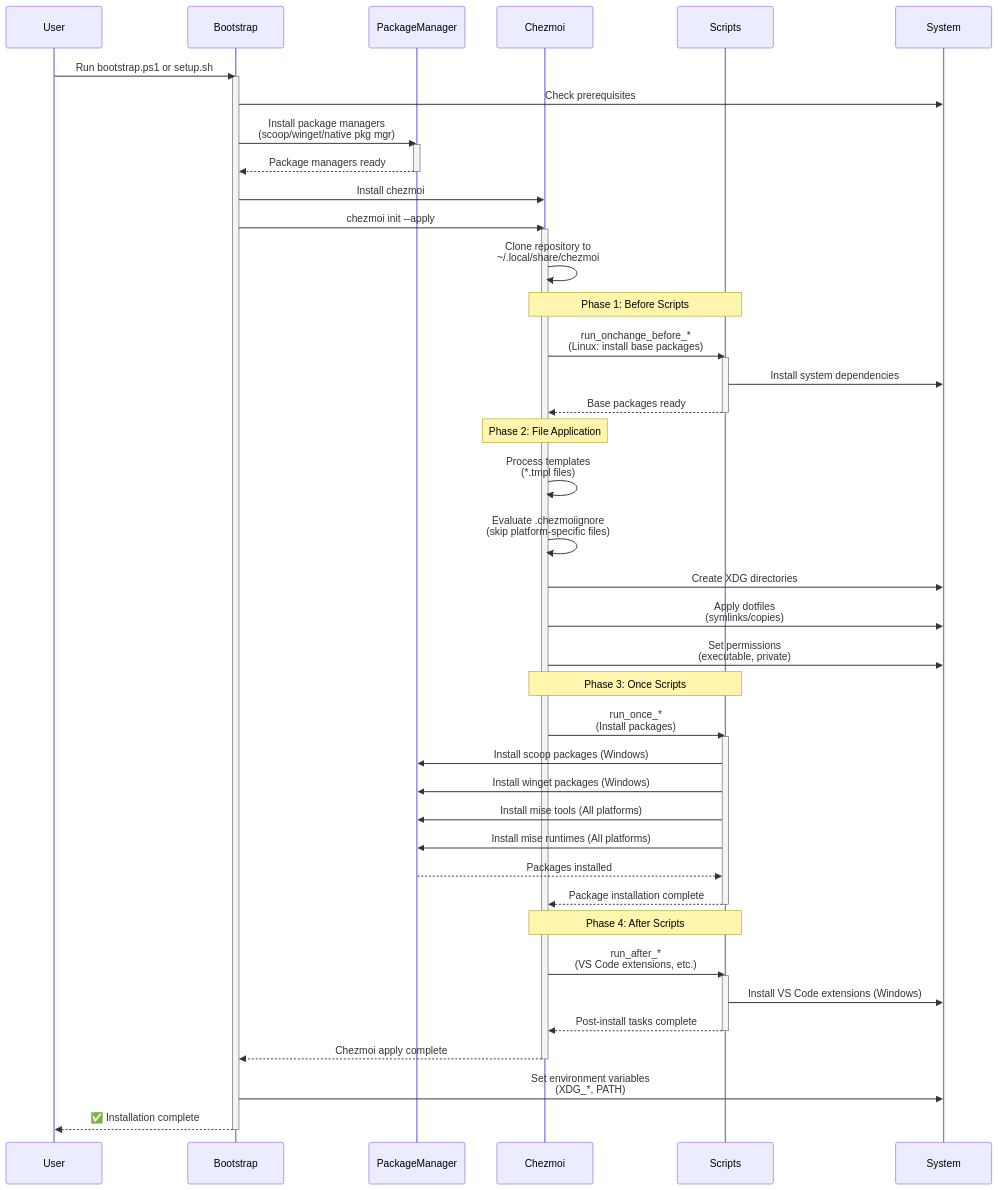
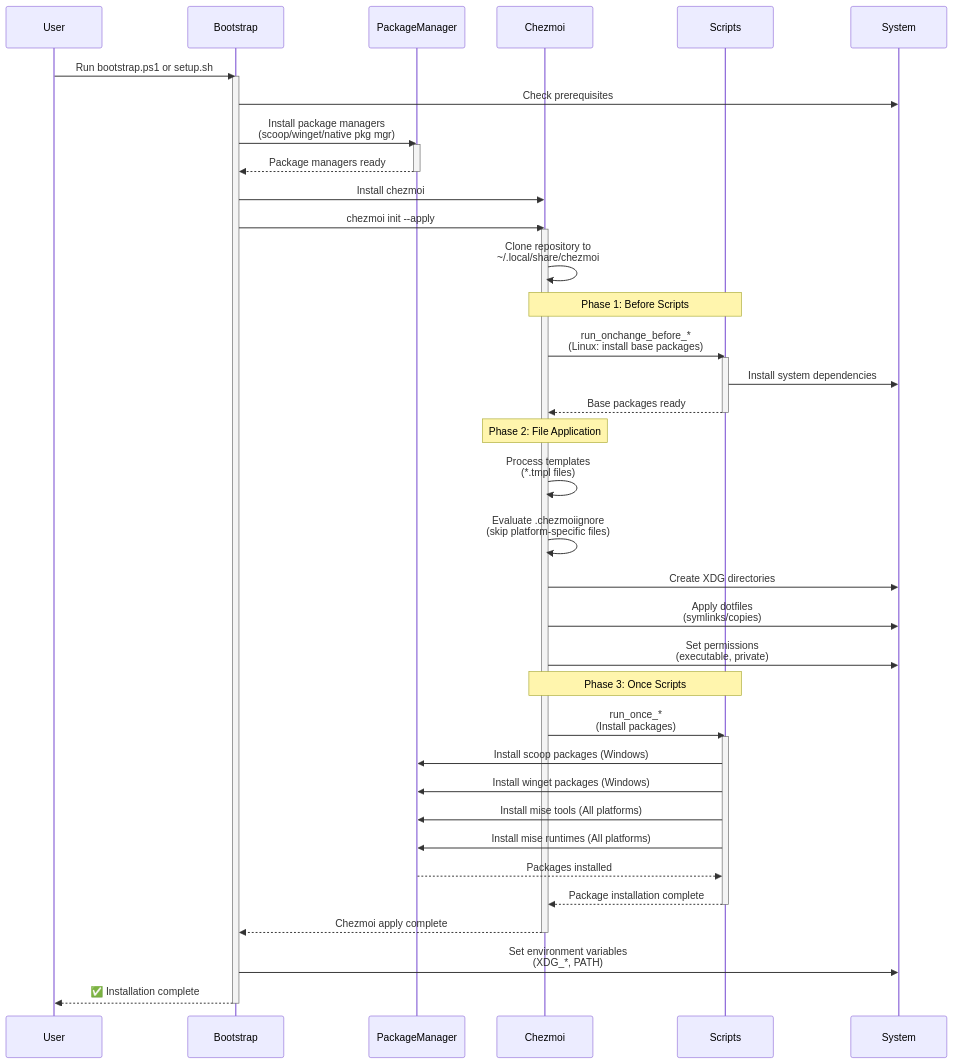
The fifth of 6 diagrams in INSTALL-GUIDE.md (Randallsm83/chezmoi), drawn with Mermaid before and after one commit. The commit also changed other lines of this file and 8 other files, not shown here.

````diff
--- a/INSTALL-GUIDE.md
+++ b/INSTALL-GUIDE.md
@@ -374,63 +371,56 @@
 ```mermaid
 sequenceDiagram
     participant User
     participant Bootstrap
     participant PackageManager
     participant Chezmoi
     participant Scripts
     participant System
     
     User->>Bootstrap: Run bootstrap.ps1 or setup.sh
     activate Bootstrap
     
     Bootstrap->>System: Check prerequisites
     Bootstrap->>PackageManager: Install package managers<br/>(scoop/winget/native pkg mgr)
     activate PackageManager
     PackageManager-->>Bootstrap: Package managers ready
     deactivate PackageManager
     
     Bootstrap->>Chezmoi: Install chezmoi
     Bootstrap->>Chezmoi: chezmoi init --apply
     activate Chezmoi
     
     Chezmoi->>Chezmoi: Clone repository to<br/>~/.local/share/chezmoi
     
     Note over Chezmoi,Scripts: Phase 1: Before Scripts
     Chezmoi->>Scripts: run_onchange_before_*<br/>(Linux: install base packages)
     activate Scripts
     Scripts->>System: Install system dependencies
     Scripts-->>Chezmoi: Base packages ready
     deactivate Scripts
     
     Note over Chezmoi: Phase 2: File Application
     Chezmoi->>Chezmoi: Process templates<br/>(*.tmpl files)
     Chezmoi->>Chezmoi: Evaluate .chezmoiignore<br/>(skip platform-specific files)
     Chezmoi->>System: Create XDG directories
     Chezmoi->>System: Apply dotfiles<br/>(symlinks/copies)
     Chezmoi->>System: Set permissions<br/>(executable, private)
     
     Note over Chezmoi,Scripts: Phase 3: Once Scripts
     Chezmoi->>Scripts: run_once_*<br/>(Install packages)
     activate Scripts
     Scripts->>PackageManager: Install scoop packages (Windows)
     Scripts->>PackageManager: Install winget packages (Windows)
     Scripts->>PackageManager: Install mise tools (All platforms)
     Scripts->>PackageManager: Install mise runtimes (All platforms)
     PackageManager-->>Scripts: Packages installed
     Scripts-->>Chezmoi: Package installation complete
     deactivate Scripts
     
-    Note over Chezmoi,Scripts: Phase 4: After Scripts
-    Chezmoi->>Scripts: run_after_*<br/>(VS Code extensions, etc.)
-    activate Scripts
-    Scripts->>System: Install VS Code extensions (Windows)
-    Scripts-->>Chezmoi: Post-install tasks complete
-    deactivate Scripts
-    
     Chezmoi-->>Bootstrap: Chezmoi apply complete
     deactivate Chezmoi
     
     Bootstrap->>System: Set environment variables<br/>(XDG_*, PATH)
     Bootstrap-->>User: ✅ Installation complete
     deactivate Bootstrap
 ```
````
